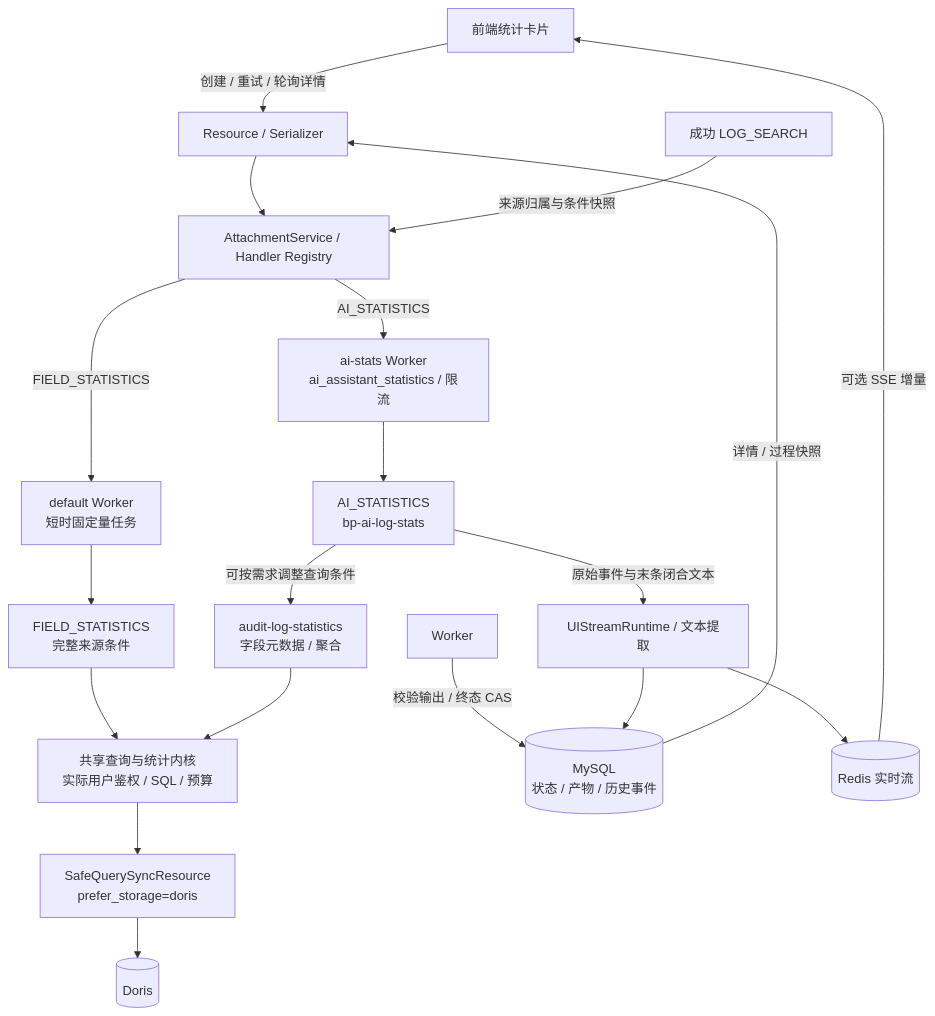
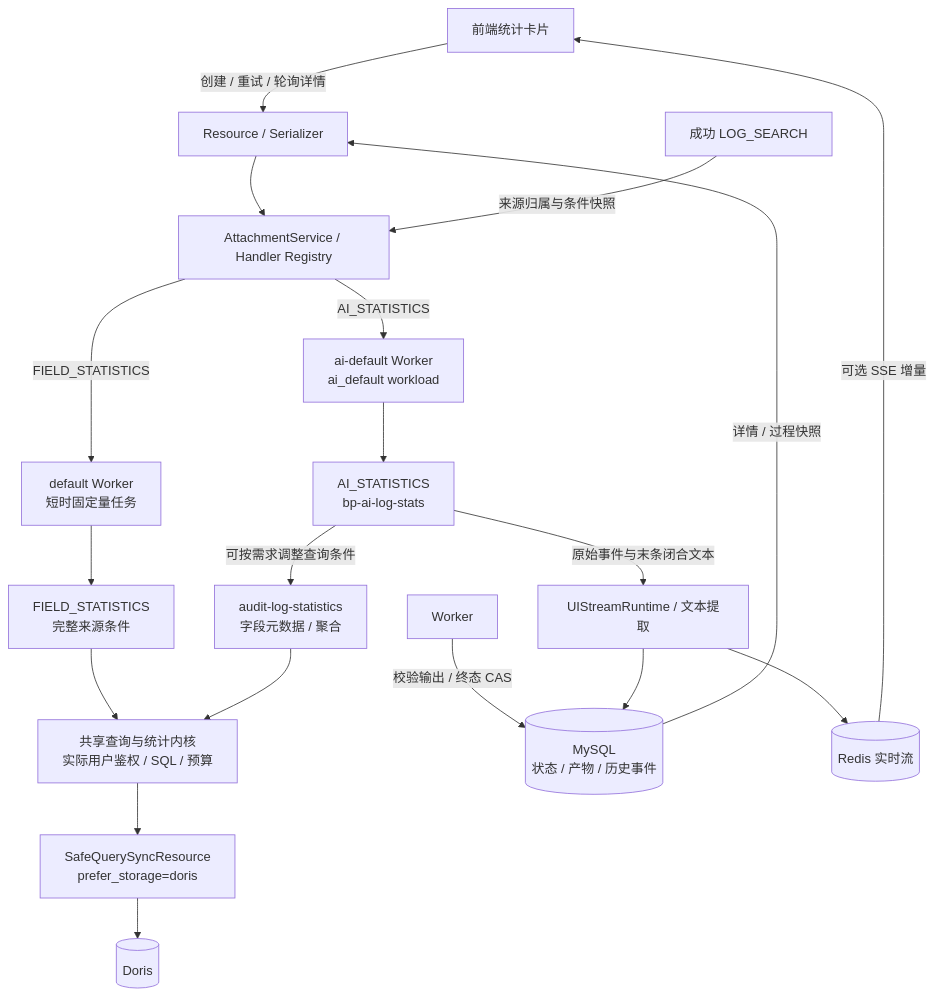
One commit to TencentBlueKing/bk-audit changed the first of 2 diagrams in src/backend/services/web/ai_assistant/docs/architecture.md. Above: the diagram before and after it, drawn with Mermaid. The commit also changed other lines of this file and 17 other files, not shown here.

````diff
--- a/src/backend/services/web/ai_assistant/docs/architecture.md
+++ b/src/backend/services/web/ai_assistant/docs/architecture.md
@@ -28,21 +28,21 @@
 ```mermaid
 flowchart TD
     UI[前端统计卡片] -->|创建 / 重试 / 轮询详情| API[Resource / Serializer]
     API --> Service[AttachmentService / Handler Registry]
     Source[成功 LOG_SEARCH] -->|来源归属与条件快照| Service
     Service -->|FIELD_STATISTICS| DefaultWorker[default Worker<br/>短时固定量任务]
-    Service -->|AI_STATISTICS| AIWorker[ai-stats Worker<br/>ai_assistant_statistics / 限流]
+    Service -->|AI_STATISTICS| AIWorker[ai-default Worker<br/>ai_default workload]
     DefaultWorker --> Program[FIELD_STATISTICS<br/>完整来源条件]
     AIWorker --> AI[AI_STATISTICS<br/>bp-ai-log-stats]
     Program --> Kernel[共享查询与统计内核<br/>实际用户鉴权 / SQL / 预算]
     AI -->|可按需求调整查询条件| MCP[audit-log-statistics<br/>字段元数据 / 聚合]
     MCP --> Kernel
     Kernel --> BKBase[SafeQuerySyncResource<br/>prefer_storage=doris]
     BKBase --> Doris[(Doris)]
     Worker -->|校验输出 / 终态 CAS| DB[(MySQL<br/>状态 / 产物 / 历史事件)]
     AI -->|原始事件与末条闭合文本| Stream[UIStreamRuntime / 文本提取]
     Stream --> DB
     Stream --> Redis[(Redis 实时流)]
     DB -->|详情 / 过程快照| API
     Redis -->|可选 SSE 增量| UI
 ```
````
